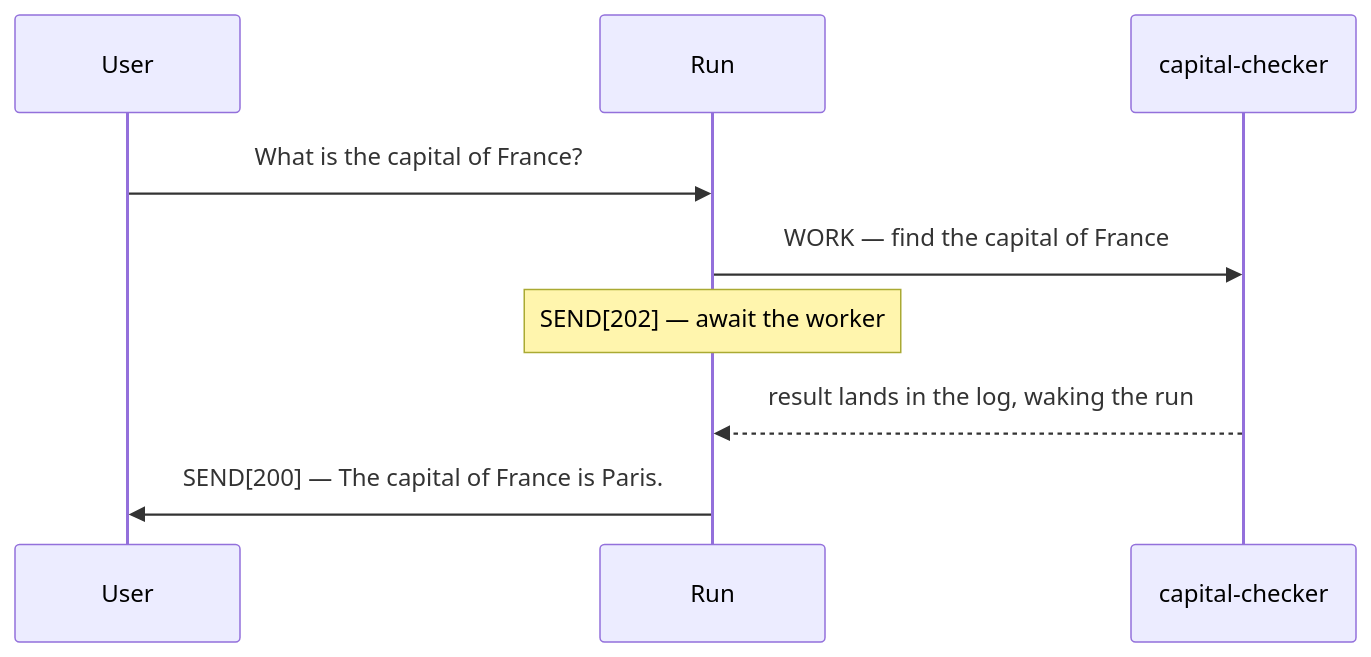
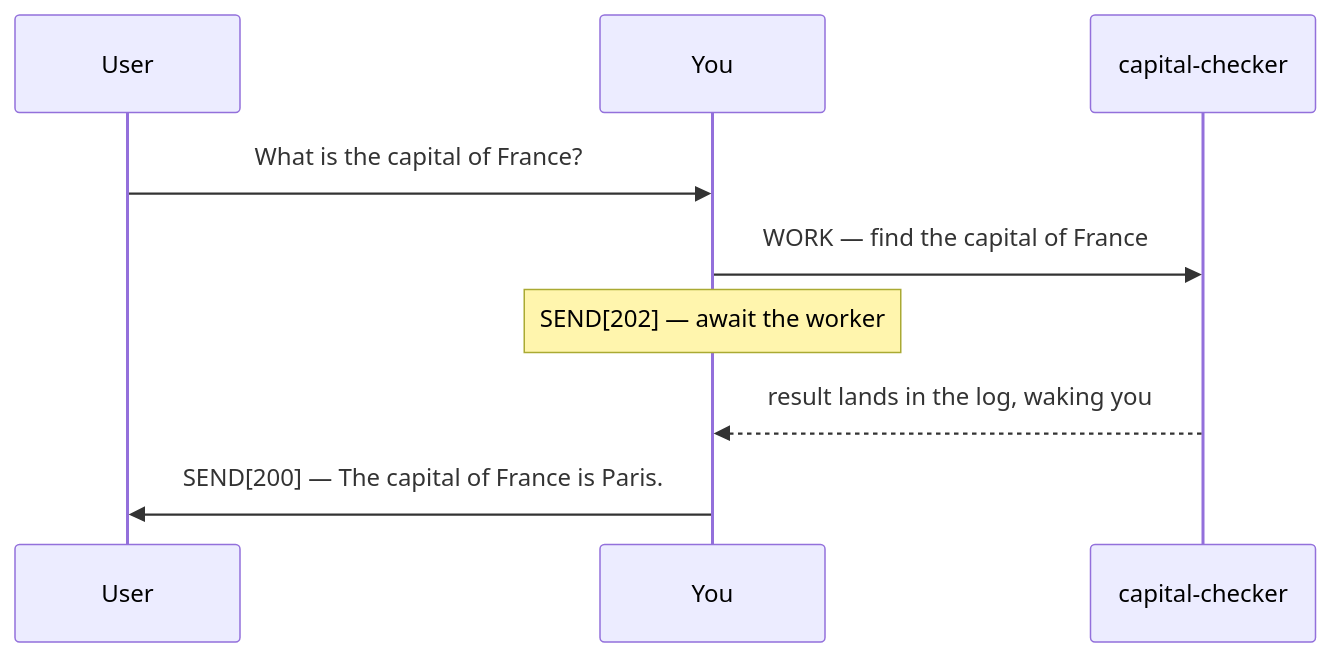
One commit to plurnk/plurnk-service changed the first of 2 diagrams in plurnk-grammar/plurnk.md. Above: the diagram before and after it, drawn with Mermaid. The commit also changed other lines of this file and 13 other files, not shown here.

Commit message:
feat(grammar): worker:// scheme + teaching - retire run/session nouns (#486)

````diff
--- a/plurnk-grammar/plurnk.md
+++ b/plurnk-grammar/plurnk.md
@@ -168,11 +168,11 @@
 ```mermaid
 sequenceDiagram
     participant User
-    participant Run
+    participant You
     participant Worker as capital-checker
-    User->>Run: What is the capital of France?
-    Run->>Worker: WORK — find the capital of France
-    Note over Run: SEND[202] — await the worker
-    Worker-->>Run: result lands in the log, waking the run
-    Run->>User: SEND[200] — The capital of France is Paris.
+    User->>You: What is the capital of France?
+    You->>Worker: WORK — find the capital of France
+    Note over You: SEND[202] — await the worker
+    Worker-->>You: result lands in the log, waking you
+    You->>User: SEND[200] — The capital of France is Paris.
 ```
````
